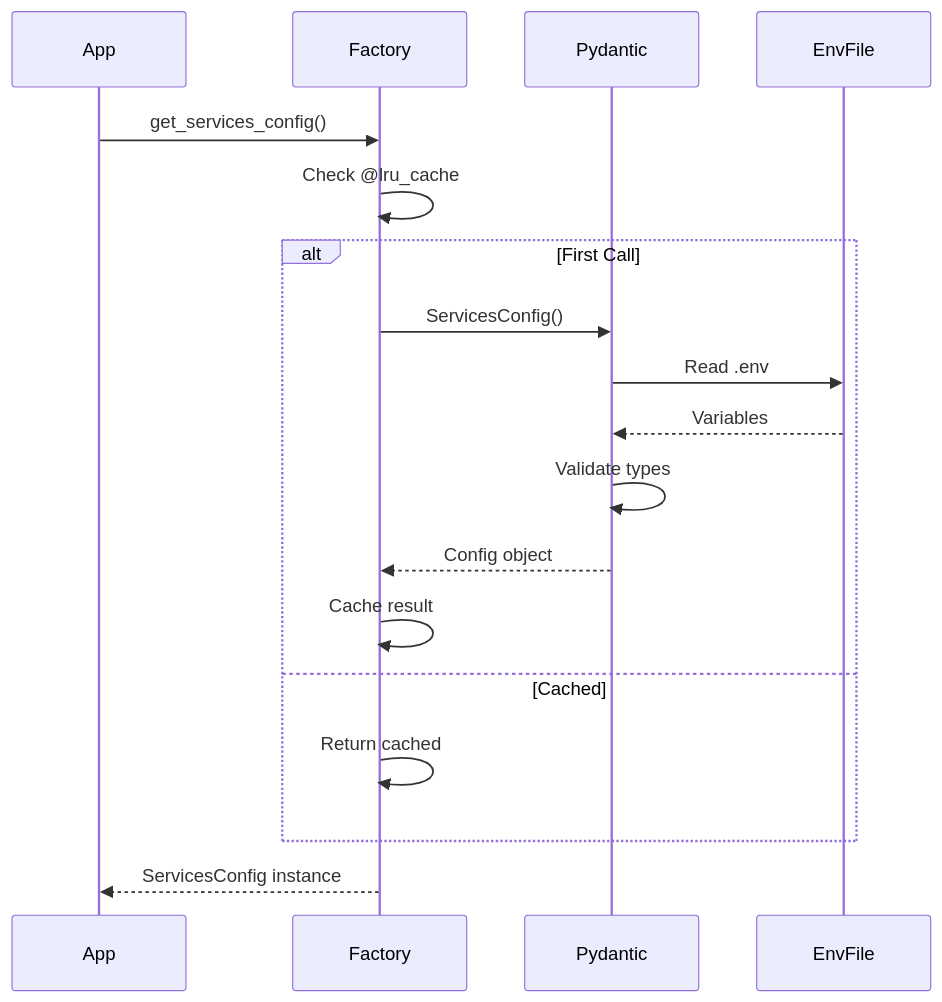
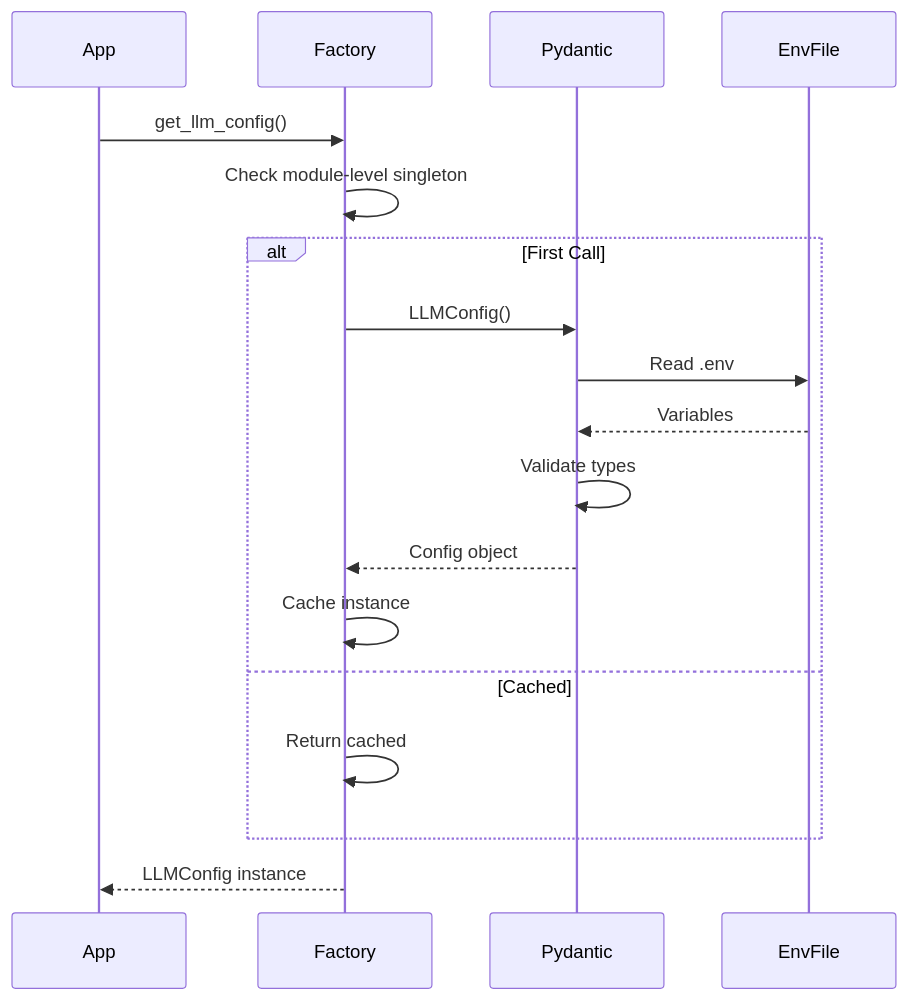
Before and after one commit to baselithcore/plugin-baselithbot: the diagram in mkdocs-site/docs/core-modules/config.md, drawn with Mermaid. The commit also changed other lines of this file and 68 other files, not shown here.

````diff
--- a/mkdocs-site/docs/core-modules/config.md
+++ b/mkdocs-site/docs/core-modules/config.md
@@ -409,21 +478,21 @@
 ```mermaid
 sequenceDiagram
     participant App
     participant Factory
     participant Pydantic
     participant EnvFile
 
-    App->>Factory: get_services_config()
-    Factory->>Factory: Check @lru_cache
+    App->>Factory: get_llm_config()
+    Factory->>Factory: Check module-level singleton
     alt First Call
-        Factory->>Pydantic: ServicesConfig()
+        Factory->>Pydantic: LLMConfig()
         Pydantic->>EnvFile: Read .env
         EnvFile-->>Pydantic: Variables
         Pydantic->>Pydantic: Validate types
         Pydantic-->>Factory: Config object
-        Factory->>Factory: Cache result
+        Factory->>Factory: Cache instance
     else Cached
         Factory->>Factory: Return cached
     end
-    Factory-->>App: ServicesConfig instance
+    Factory-->>App: LLMConfig instance
 ```
````
